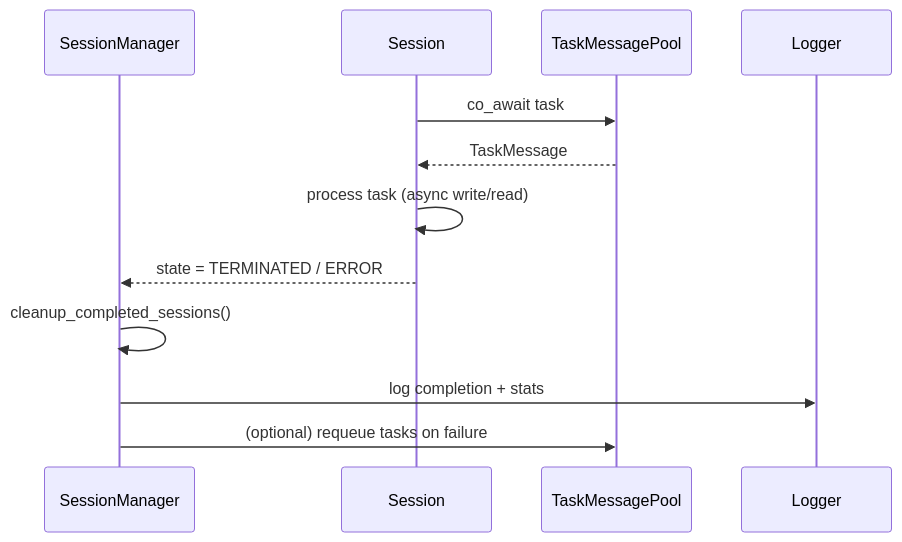
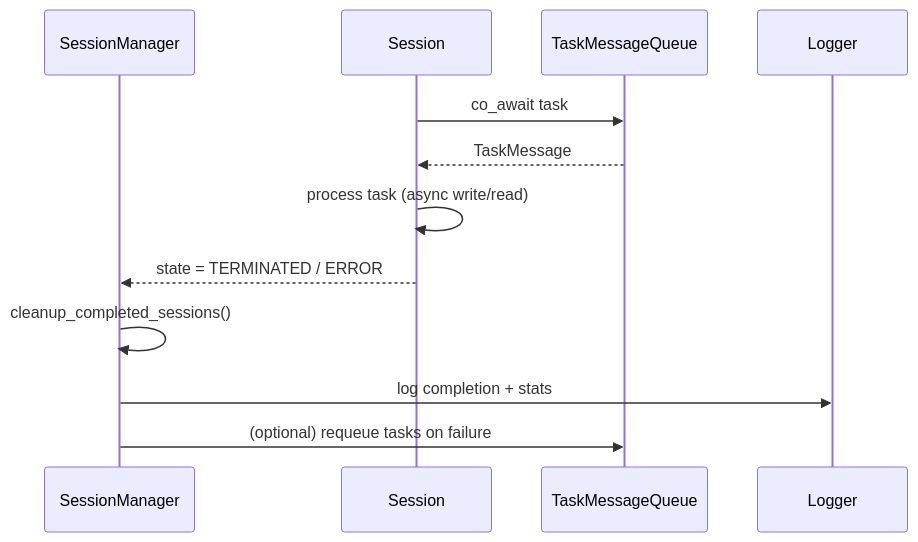
The second of 2 diagrams in dispatcher/session/README.md (ilya-yusim/task-messenger), drawn with Mermaid before and after one commit. The commit also changed other lines of this file and 24 other files, not shown here.

First line of the commit message:
Refactor TaskMessagePool to TaskMessageQueue across the dispatcher and messaging modules

````diff
--- a/dispatcher/session/README.md
+++ b/dispatcher/session/README.md
@@ -26,15 +26,15 @@
 ```mermaid
 sequenceDiagram
     participant SM as SessionManager
     participant Sess as Session
-    participant Pool as TaskMessagePool
+    participant Pool as TaskMessageQueue
     participant Logger
 
     Sess->>Pool: co_await task
     Pool-->>Sess: TaskMessage
     Sess->>Sess: process task (async write/read)
     Sess-->>SM: state = TERMINATED / ERROR
     SM->>SM: cleanup_completed_sessions()
     SM->>Logger: log completion + stats
     SM->>Pool: (optional) requeue tasks on failure
 ```
````
